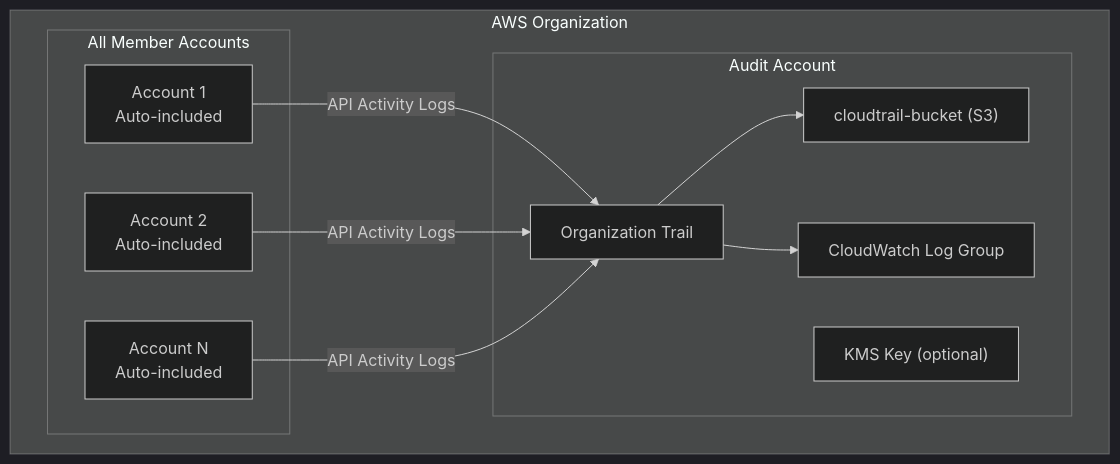
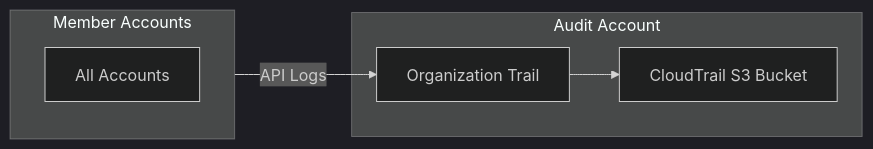
The diagram in docs/layers/security-and-compliance/aws-cloudtrail.mdx (cloudposse/docs), drawn with Mermaid (dark theme) before and after one commit. The commit also changed 10 other files, not shown here.

````diff
--- a/docs/layers/security-and-compliance/aws-cloudtrail.mdx
+++ b/docs/layers/security-and-compliance/aws-cloudtrail.mdx
@@ -28,23 +28,14 @@
 ```mermaid
-flowchart TB
-    subgraph org["AWS Organization"]
-        subgraph audit["Audit Account"]
-            trail["Organization Trail"]
-            bucket["cloudtrail-bucket (S3)"]
-            logs["CloudWatch Log Group"]
-            kms["KMS Key (optional)"]
-        end
-
-        subgraph members["All Member Accounts"]
-            member1["Account 1<br/>Auto-included"]
-            member2["Account 2<br/>Auto-included"]
-            member3["Account N<br/>Auto-included"]
-        end
+flowchart LR
+    subgraph members["Member Accounts"]
+        member["All Accounts"]
     end
 
-    member1 -->|"API Activity Logs"| trail
-    member2 -->|"API Activity Logs"| trail
-    member3 -->|"API Activity Logs"| trail
+    subgraph audit["Audit Account"]
+        trail["Organization Trail"]
+        bucket["CloudTrail S3 Bucket"]
+    end
+
+    members -->|"API Logs"| trail
     trail --> bucket
-    trail --> logs
 ```
````
